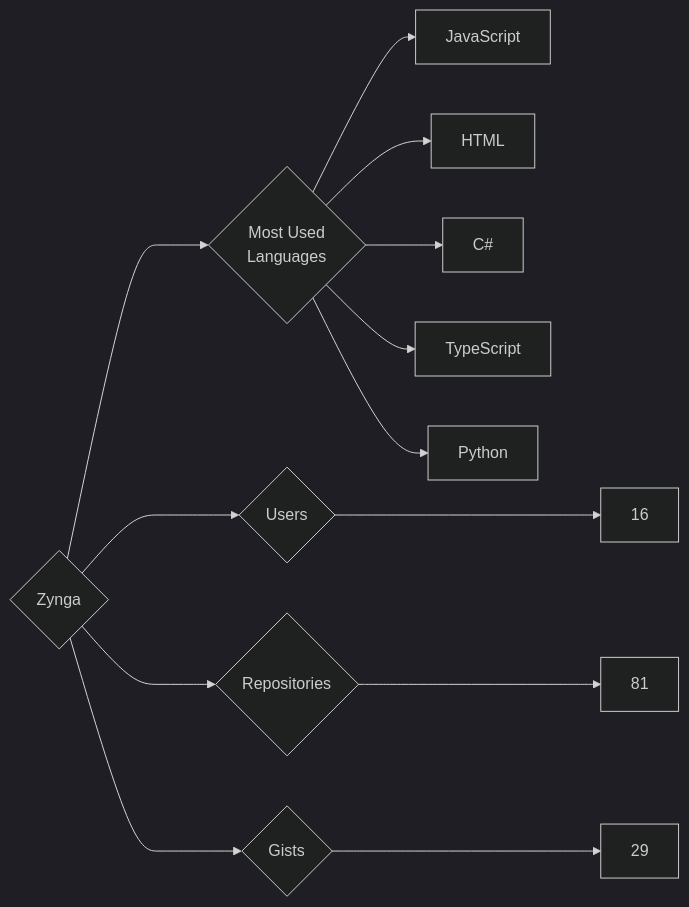
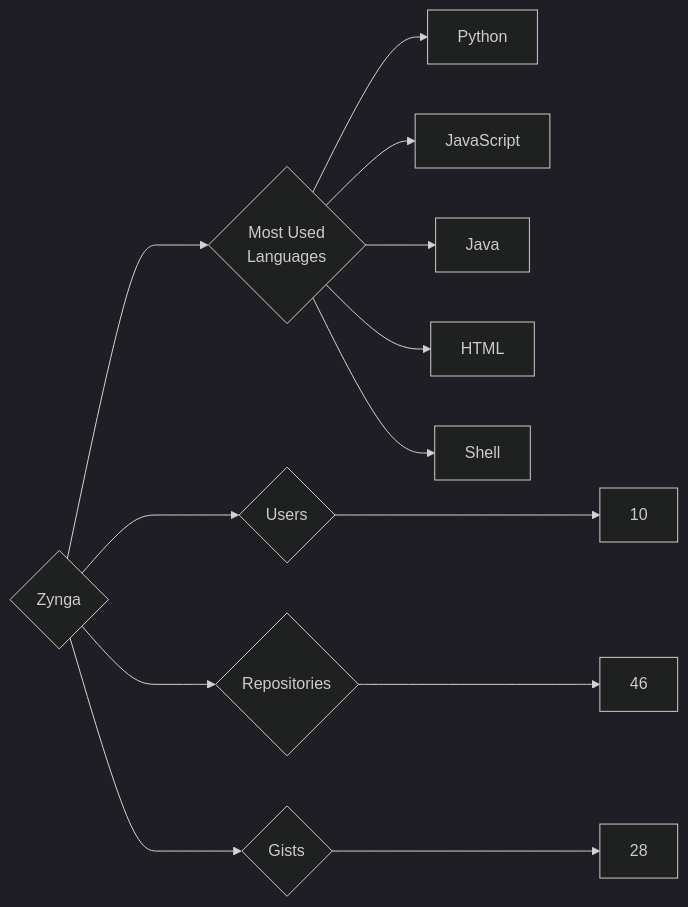
Before and after one commit to trickest/insiders: the diagram in targets/Zynga/README.md, drawn with Mermaid (dark theme). The commit also changed 1479 other files, not shown here.

````diff
--- a/targets/Zynga/README.md
+++ b/targets/Zynga/README.md
@@ -3,13 +3,13 @@
 ```mermaid
 graph LR
 COMPANY_NAME{Zynga}
-COMPANY_NAME ---> U{Users} ---> UN[16]
-COMPANY_NAME ---> R{Repositories} ---> RN[81]
-COMPANY_NAME ---> G{Gists} ---> GN[29]
+COMPANY_NAME ---> U{Users} ---> UN[10]
+COMPANY_NAME ---> R{Repositories} ---> RN[46]
+COMPANY_NAME ---> G{Gists} ---> GN[28]
 COMPANY_NAME ---> ML{Most Used<br>Languages}
+ML --> Python[Python]
 ML --> JavaScript[JavaScript]
+ML --> Java[Java]
 ML --> HTML[HTML]
-ML --> C#[C#]
-ML --> TypeScript[TypeScript]
-ML --> Python[Python]
+ML --> Shell[Shell]
 ```
````
